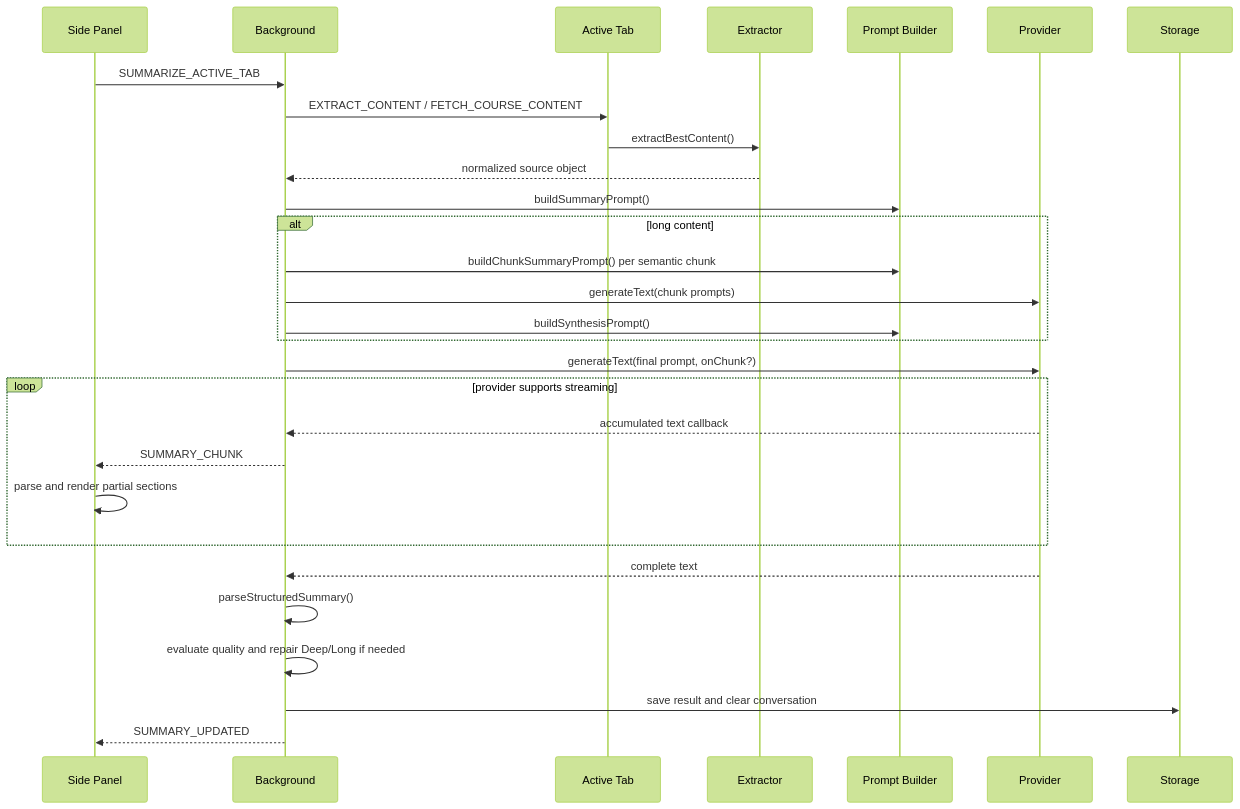
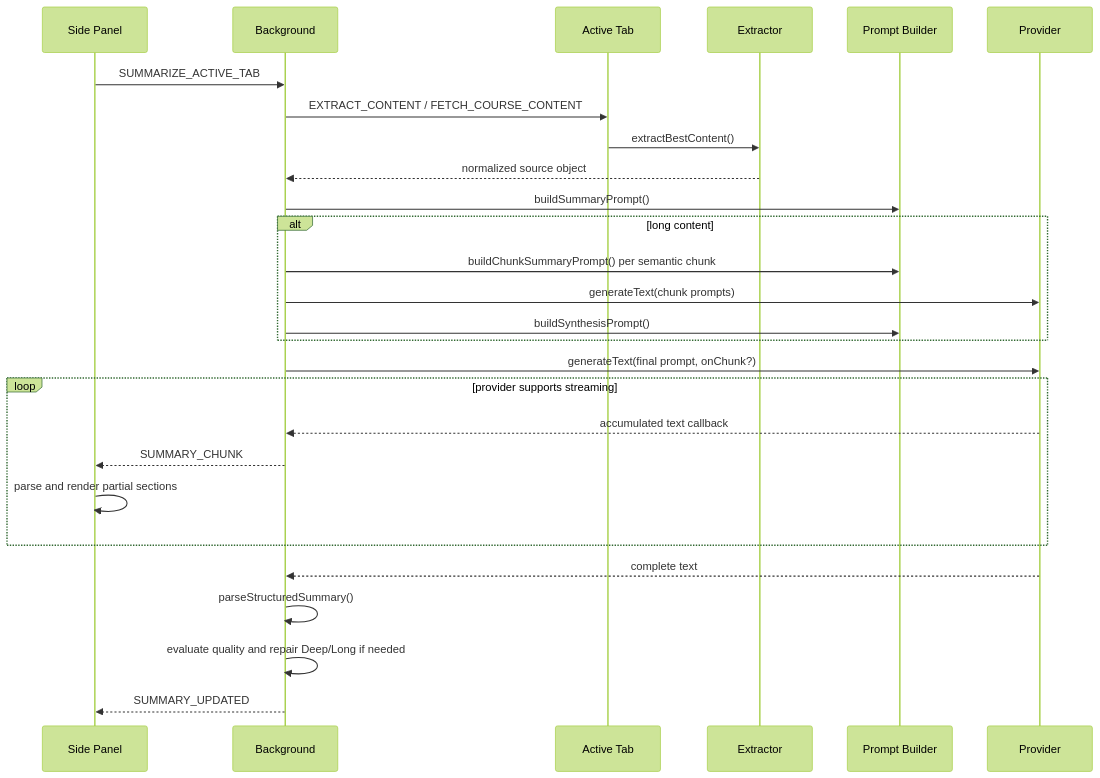
One commit to thaihai-swe/summarizer-extension changed the diagram in docs/WORKFLOW.md. Above: the diagram before and after it, drawn with Mermaid (forest theme). The commit also changed other lines of this file and 27 other files, not shown here.

````diff
--- a/docs/WORKFLOW.md
+++ b/docs/WORKFLOW.md
@@ -15,32 +15,30 @@
 ```mermaid
 sequenceDiagram
     participant Panel as Side Panel
     participant BG as Background
     participant Tab as Active Tab
     participant Extract as Extractor
     participant Prompt as Prompt Builder
     participant AI as Provider
-    participant Store as Storage
 
     Panel->>BG: SUMMARIZE_ACTIVE_TAB
     BG->>Tab: EXTRACT_CONTENT / FETCH_COURSE_CONTENT
     Tab->>Extract: extractBestContent()
     Extract-->>BG: normalized source object
     BG->>Prompt: buildSummaryPrompt()
     alt long content
         BG->>Prompt: buildChunkSummaryPrompt() per semantic chunk
         BG->>AI: generateText(chunk prompts)
         BG->>Prompt: buildSynthesisPrompt()
     end
     BG->>AI: generateText(final prompt, onChunk?)
     loop provider supports streaming
         AI-->>BG: accumulated text callback
         BG-->>Panel: SUMMARY_CHUNK
         Panel->>Panel: parse and render partial sections
     end
     AI-->>BG: complete text
     BG->>BG: parseStructuredSummary()
     BG->>BG: evaluate quality and repair Deep/Long if needed
-    BG->>Store: save result and clear conversation
     BG-->>Panel: SUMMARY_UPDATED
 ```
````
